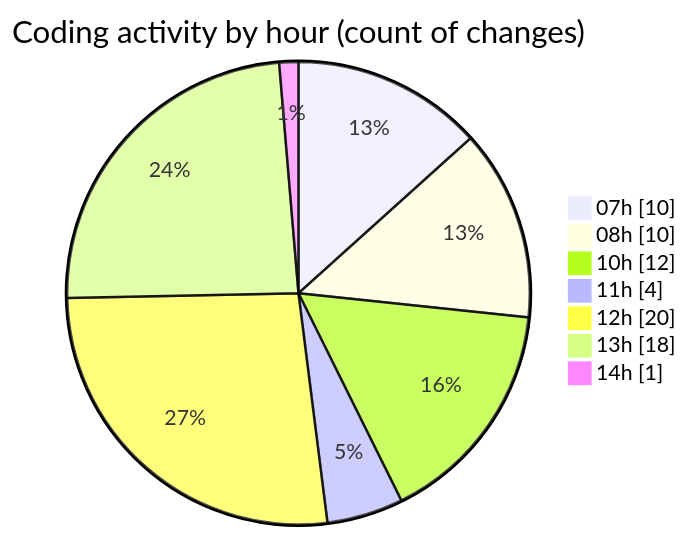
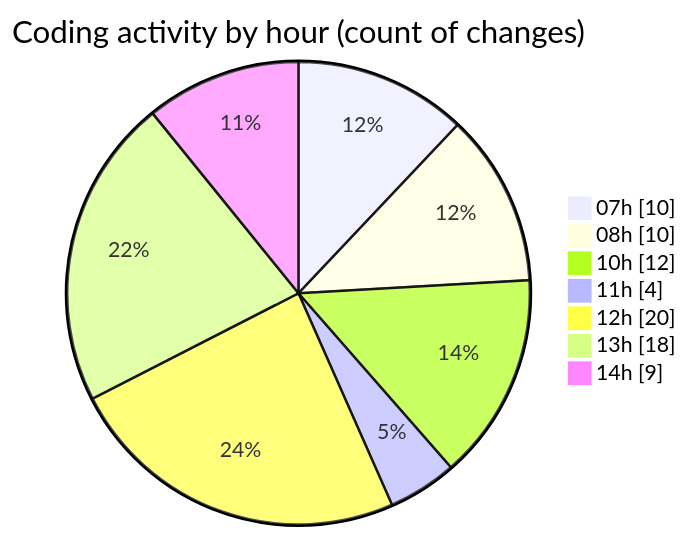
One commit to tmsrecording-cyber/code-tracking changed the second of 2 diagrams in 2026-02-08/singularitybrainai/README.md. Above: the diagram before and after it, drawn with Mermaid. The commit also changed other lines of this file and 1 other file, not shown here.

````diff
--- a/2026-02-08/singularitybrainai/README.md
+++ b/2026-02-08/singularitybrainai/README.md
@@ -45,11 +46,11 @@
 ```mermaid
 pie showData
 title Coding activity by hour (count of changes)
 "07h" : 10
 "08h" : 10
 "10h" : 12
 "11h" : 4
 "12h" : 20
 "13h" : 18
-"14h" : 1
+"14h" : 9
 ```
````
